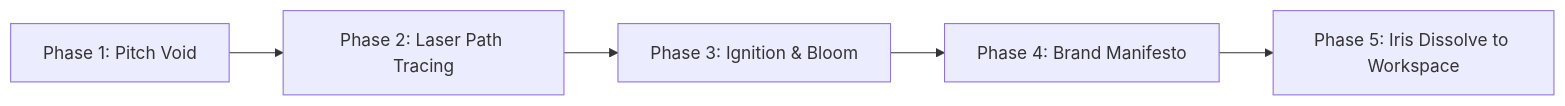
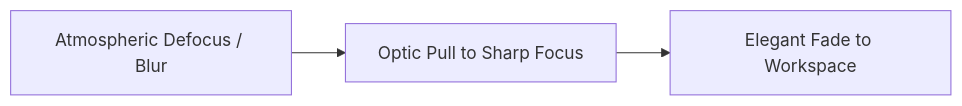
One commit to Sahil-XD/Clarity changed the diagram in masterplan.md. Above: the diagram before and after it, drawn with Mermaid. The commit also changed other lines of this file and 9 other files, not shown here.

````diff
--- a/masterplan.md
+++ b/masterplan.md
@@ -47,7 +49,4 @@
 ```mermaid
 graph LR
-    A[Phase 1: Pitch Void] --> B[Phase 2: Laser Path Tracing]
-    B --> C[Phase 3: Ignition & Bloom]
-    C --> D[Phase 4: Brand Manifesto]
-    D --> E[Phase 5: Iris Dissolve to Workspace]
+    A[Atmospheric Defocus / Blur] --> B[Optic Pull to Sharp Focus] --> C[Elegant Fade to Workspace]
 ```
````
